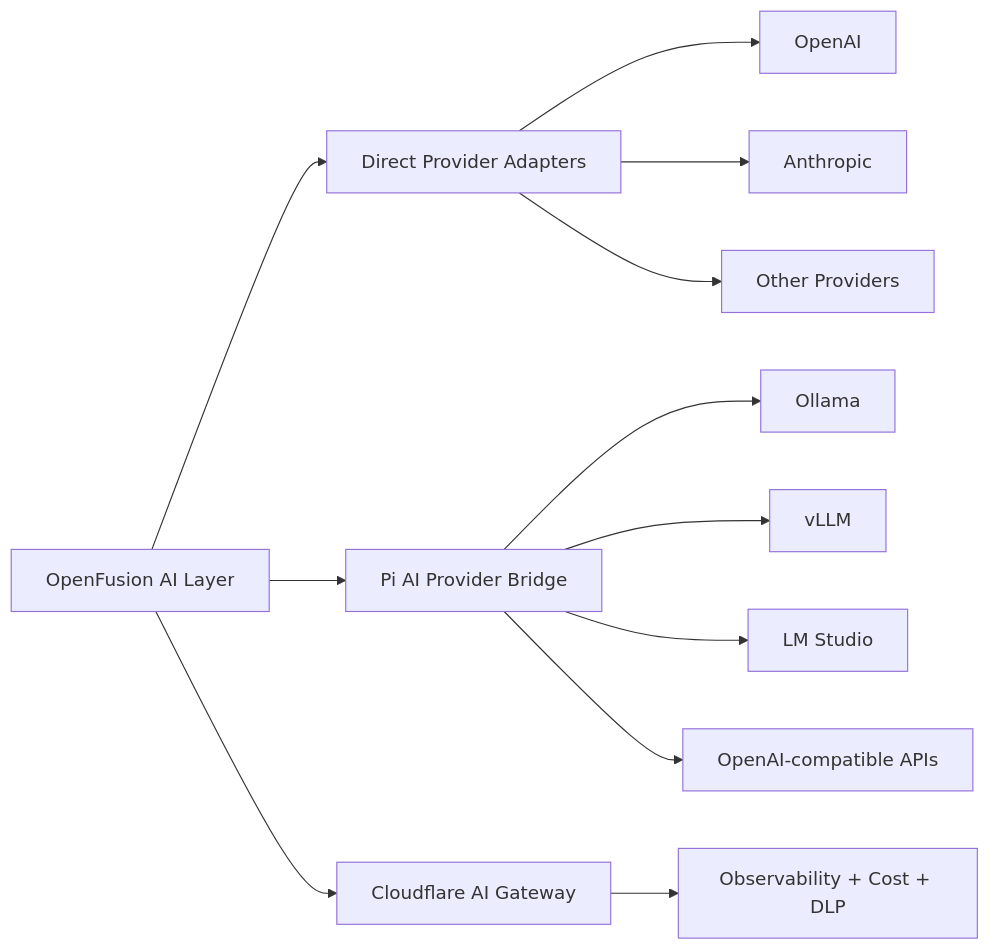
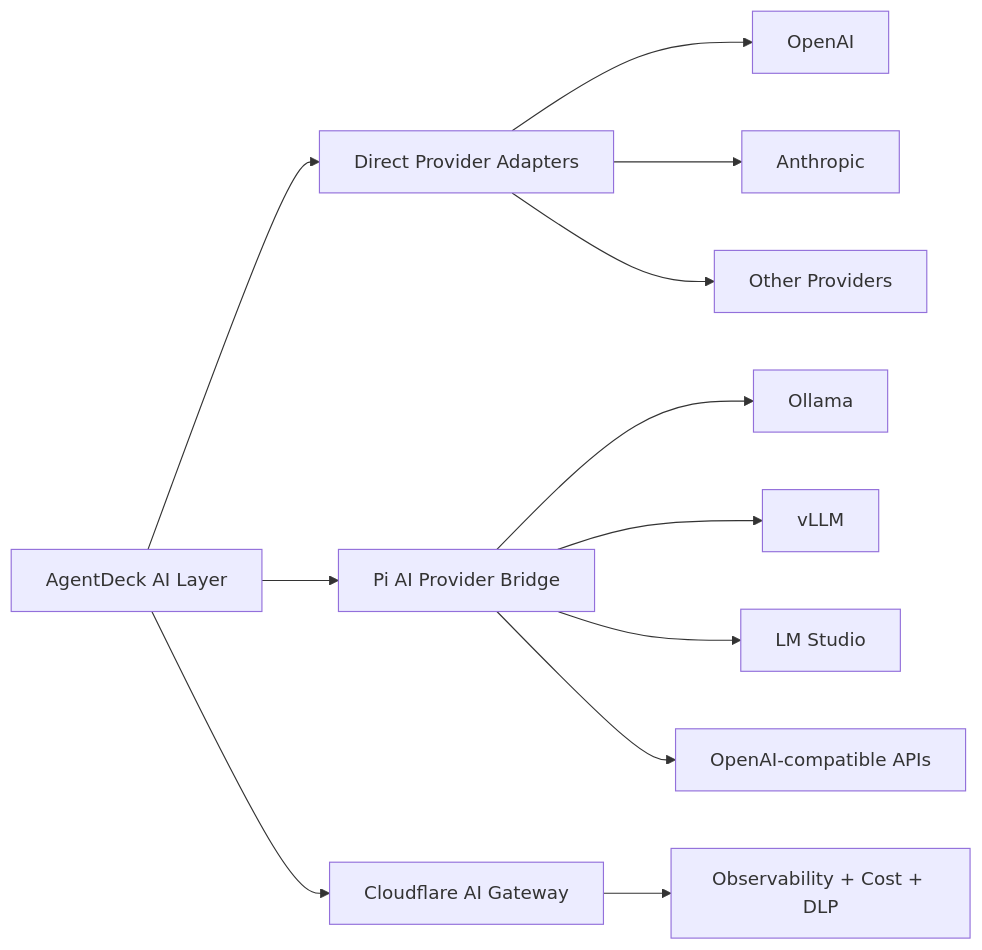
Diagram 15 of 23 in Docs/PRODUCT_EXPLAINER_WITH_DIAGRAM.md (itsVijayCoder/agentDeck), drawn with Mermaid before and after one commit. The commit also changed other lines of this file and 86 other files, not shown here.

First line of the commit message:
refactor: rename project from openfusion to AgentDeck

````diff
--- a/Docs/PRODUCT_EXPLAINER_WITH_DIAGRAM.md
+++ b/Docs/PRODUCT_EXPLAINER_WITH_DIAGRAM.md
@@ -787,17 +787,17 @@
 ```mermaid
 flowchart LR
-    OFAI[OpenFusion AI Layer] --> DIRECT[Direct Provider Adapters]
+    OFAI[AgentDeck AI Layer] --> DIRECT[Direct Provider Adapters]
     OFAI --> PIAI[Pi AI Provider Bridge]
     OFAI --> AIGW[Cloudflare AI Gateway]
 
     DIRECT --> OPENAI[OpenAI]
     DIRECT --> ANTH[Anthropic]
     DIRECT --> OTHER[Other Providers]
 
     PIAI --> OLLAMA[Ollama]
     PIAI --> VLLM[vLLM]
     PIAI --> LM[LM Studio]
     PIAI --> COMPAT[OpenAI-compatible APIs]
 
     AIGW --> OBS[Observability + Cost + DLP]
 ```
````
